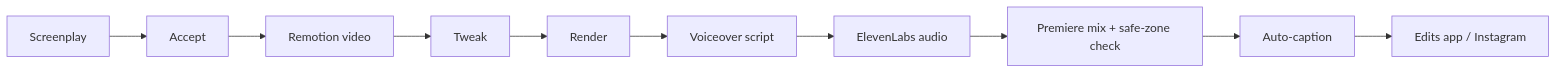
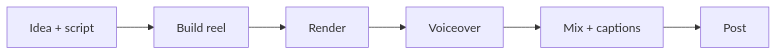
Before and after one commit to optionxi/optionxi-reels: the diagram in README.md, drawn with Mermaid. The commit also changed other lines of this file and 1 other file, not shown here.

````diff
--- a/README.md
+++ b/README.md
@@ -90,12 +175,8 @@
 ```mermaid
 flowchart LR
-    A[Screenplay] --> B[Accept]
-    B --> C[Remotion video]
-    C --> D[Tweak]
-    D --> E[Render]
-    E --> F[Voiceover script]
-    F --> G[ElevenLabs audio]
-    G --> H[Premiere mix + safe-zone check]
-    H --> I[Auto-caption]
-    I --> J[Edits app / Instagram]
+    A[Idea + script] --> B[Build reel]
+    B --> C[Render]
+    C --> D[Voiceover]
+    D --> E[Mix + captions]
+    E --> F[Post]
 ```
````
